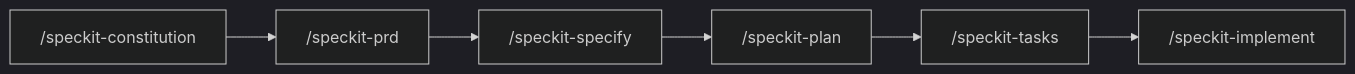
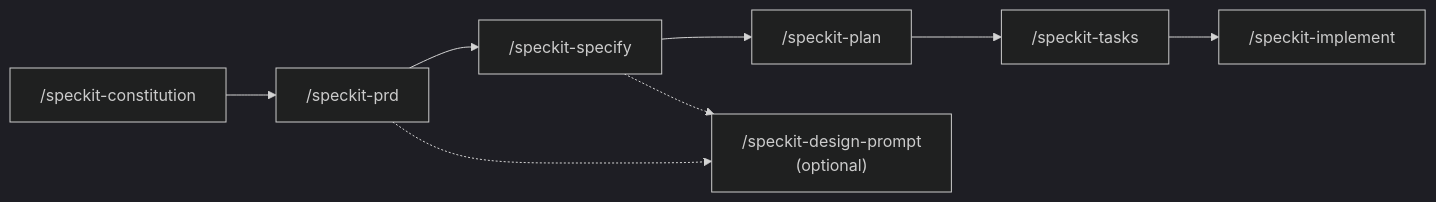
One commit to JxFong1017/hackathon_speckit changed the diagram in README.md. Above: the diagram before and after it, drawn with Mermaid (dark theme). The commit also changed other lines of this file and 1 other file, not shown here.

````diff
--- a/README.md
+++ b/README.md
@@ -29,8 +30,10 @@
 ```mermaid
 flowchart LR
   CON["/speckit-constitution"] --> PRD["/speckit-prd"]
   PRD --> SP["/speckit-specify"]
   SP --> PL["/speckit-plan"]
   PL --> TK["/speckit-tasks"]
   TK --> IM["/speckit-implement"]
+  PRD -.-> DP["/speckit-design-prompt\n(optional)"]
+  SP -.-> DP
 ```
````
